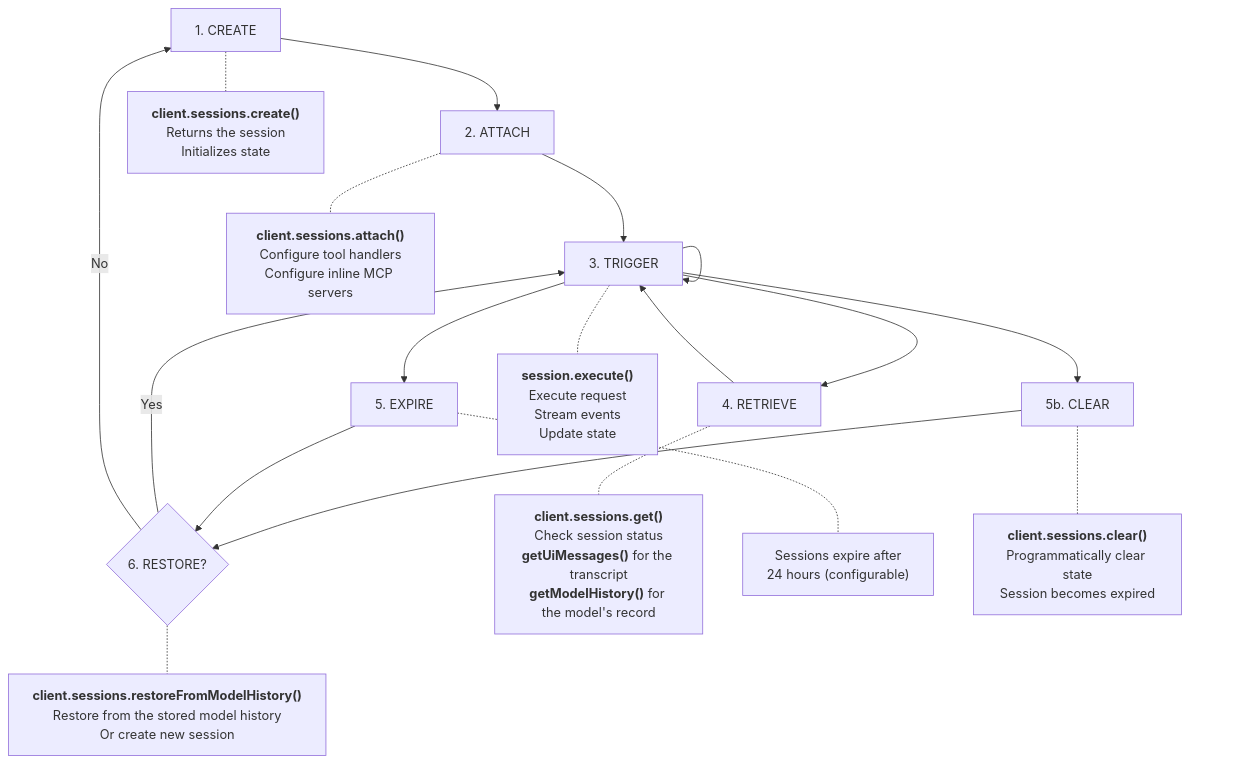
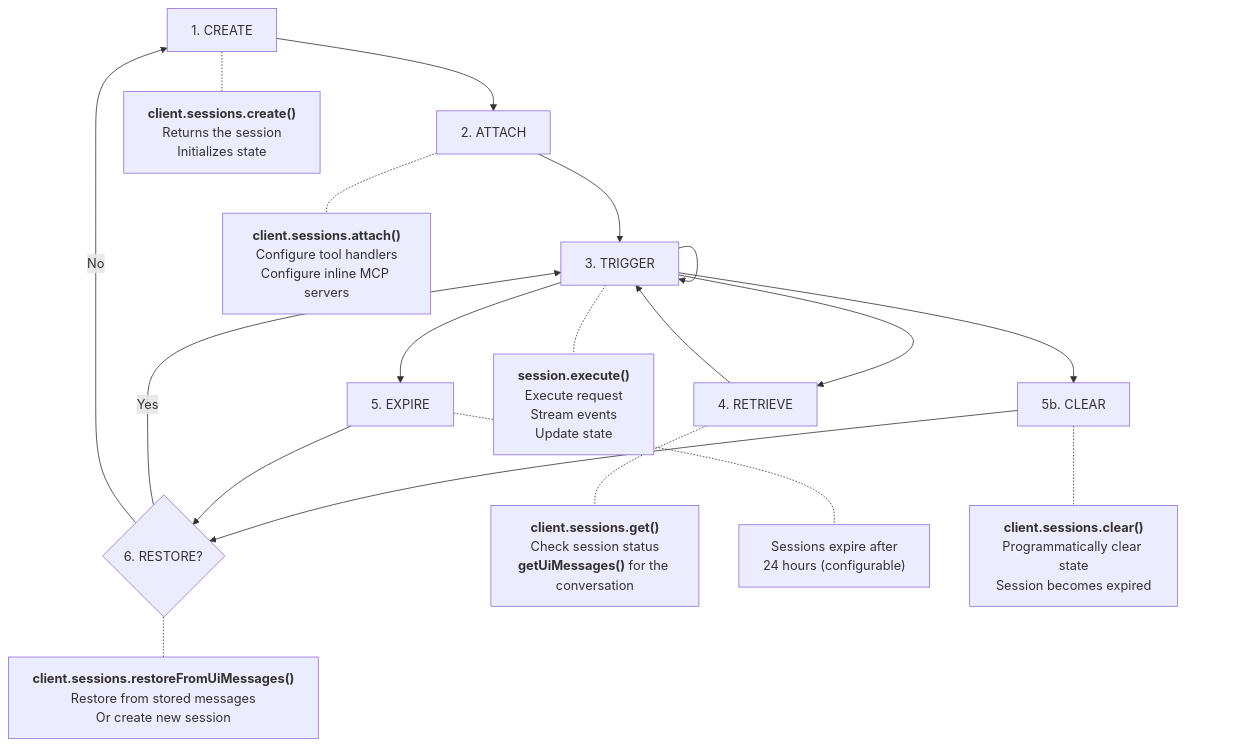
Before and after one commit to octavus-ai/agent-sdk: the diagram in packages/docs/content/02-server-sdk/02-sessions.md, drawn with Mermaid. The commit also changed other lines of this file and 10 other files, not shown here.

First line of the commit message:
Keep the UI messages as the one session record

````diff
--- a/packages/docs/content/02-server-sdk/02-sessions.md
+++ b/packages/docs/content/02-server-sdk/02-sessions.md
@@ -423,43 +389,42 @@
 ```mermaid
 flowchart TD
     A[1. CREATE] --> B[2. ATTACH]
     B --> C[3. TRIGGER]
     C --> C
     C --> D[4. RETRIEVE]
     D --> C
     C --> E[5. EXPIRE]
     C --> G[5b. CLEAR]
     G --> F
     E --> F{6. RESTORE?}
     F -->|Yes| C
     F -->|No| A
 
     A -.- A1["`**client.sessions.create()**
     Returns the session
     Initializes state`"]
 
     B -.- B1["`**client.sessions.attach()**
     Configure tool handlers
     Configure inline MCP servers`"]
 
     C -.- C1["`**session.execute()**
     Execute request
     Stream events
     Update state`"]
 
     D -.- D1["`**client.sessions.get()**
     Check session status
-    **getUiMessages()** for the transcript
-    **getModelHistory()** for the model's record`"]
+    **getUiMessages()** for the conversation`"]
 
     E -.- E1["`Sessions expire after
     24 hours (configurable)`"]
 
     G -.- G1["`**client.sessions.clear()**
     Programmatically clear state
     Session becomes expired`"]
 
-    F -.- F1["`**client.sessions.restoreFromModelHistory()**
-    Restore from the stored model history
+    F -.- F1["`**client.sessions.restoreFromUiMessages()**
+    Restore from stored messages
     Or create new session`"]
 ```
````
